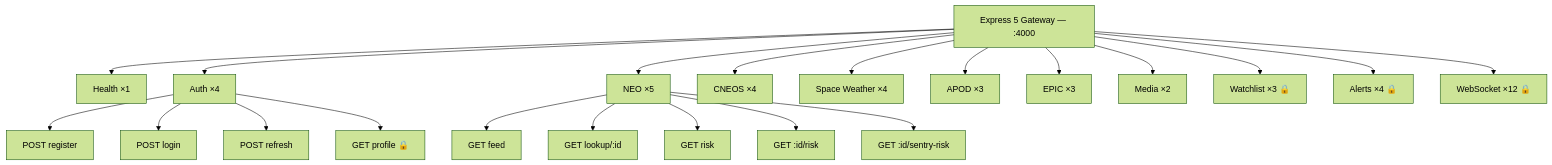
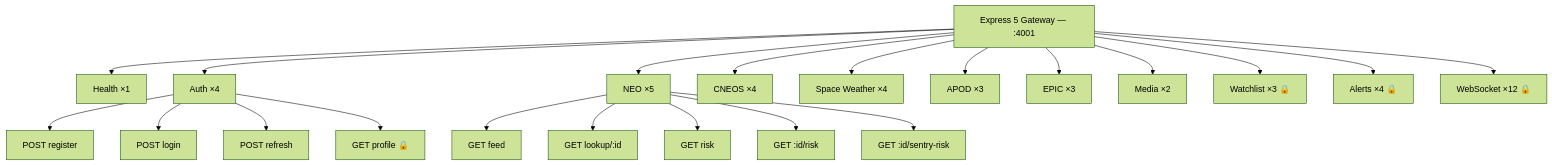
The first of 2 diagrams in docs/API_REFERENCE.md (rudra-sah00/cosmic-watch-backend), drawn with Mermaid (forest theme) before and after one commit. The commit also changed other lines of this file and 8 other files, not shown here.

````diff
--- a/docs/API_REFERENCE.md
+++ b/docs/API_REFERENCE.md
@@ -7,29 +7,29 @@
 ```mermaid
 flowchart TB
-    GW["Express 5 Gateway — :4000"]
+    GW["Express 5 Gateway — :4001"]
 
     GW --> HEALTH["Health ×1"]
 
     GW --> AUTH_G["Auth ×4"]
     AUTH_G --> REG["POST register"]
     AUTH_G --> LOG["POST login"]
     AUTH_G --> REF["POST refresh"]
     AUTH_G --> PROF["GET profile 🔒"]
 
     GW --> NEO_G["NEO ×5"]
     NEO_G --> FEED["GET feed"]
     NEO_G --> LOOK["GET lookup/:id"]
     NEO_G --> RISK["GET risk"]
     NEO_G --> SRISK["GET :id/risk"]
     NEO_G --> SENR["GET :id/sentry-risk"]
 
     GW --> CNEOS_G["CNEOS ×4"]
     GW --> SW_G["Space Weather ×4"]
     GW --> APOD_G["APOD ×3"]
     GW --> EPIC_G["EPIC ×3"]
     GW --> MEDIA_G["Media ×2"]
 
     GW --> WL_G["Watchlist ×3 🔒"]
     GW --> AL_G["Alerts ×4 🔒"]
     GW --> WS_G["WebSocket ×12 🔒"]
 ```
````
